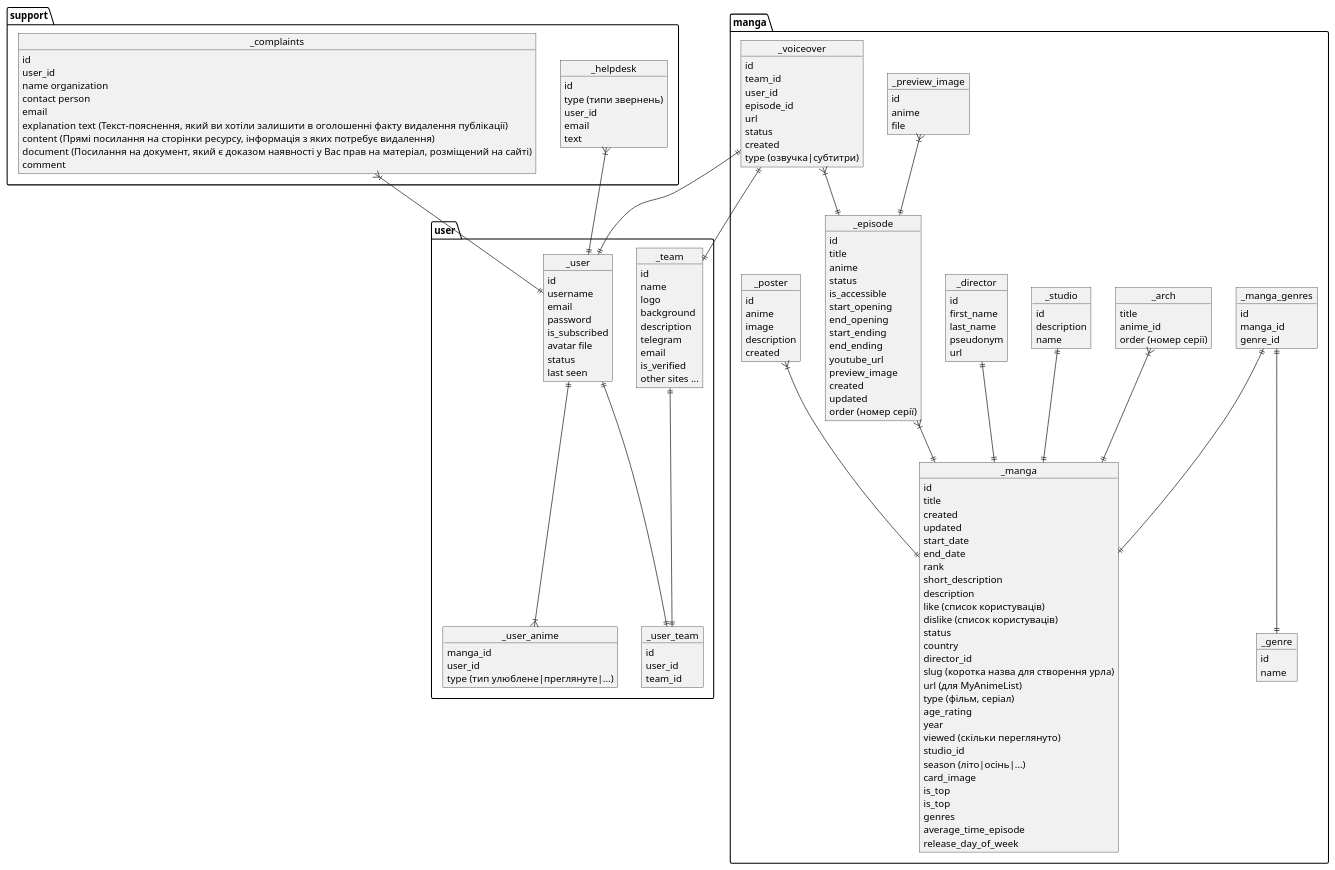
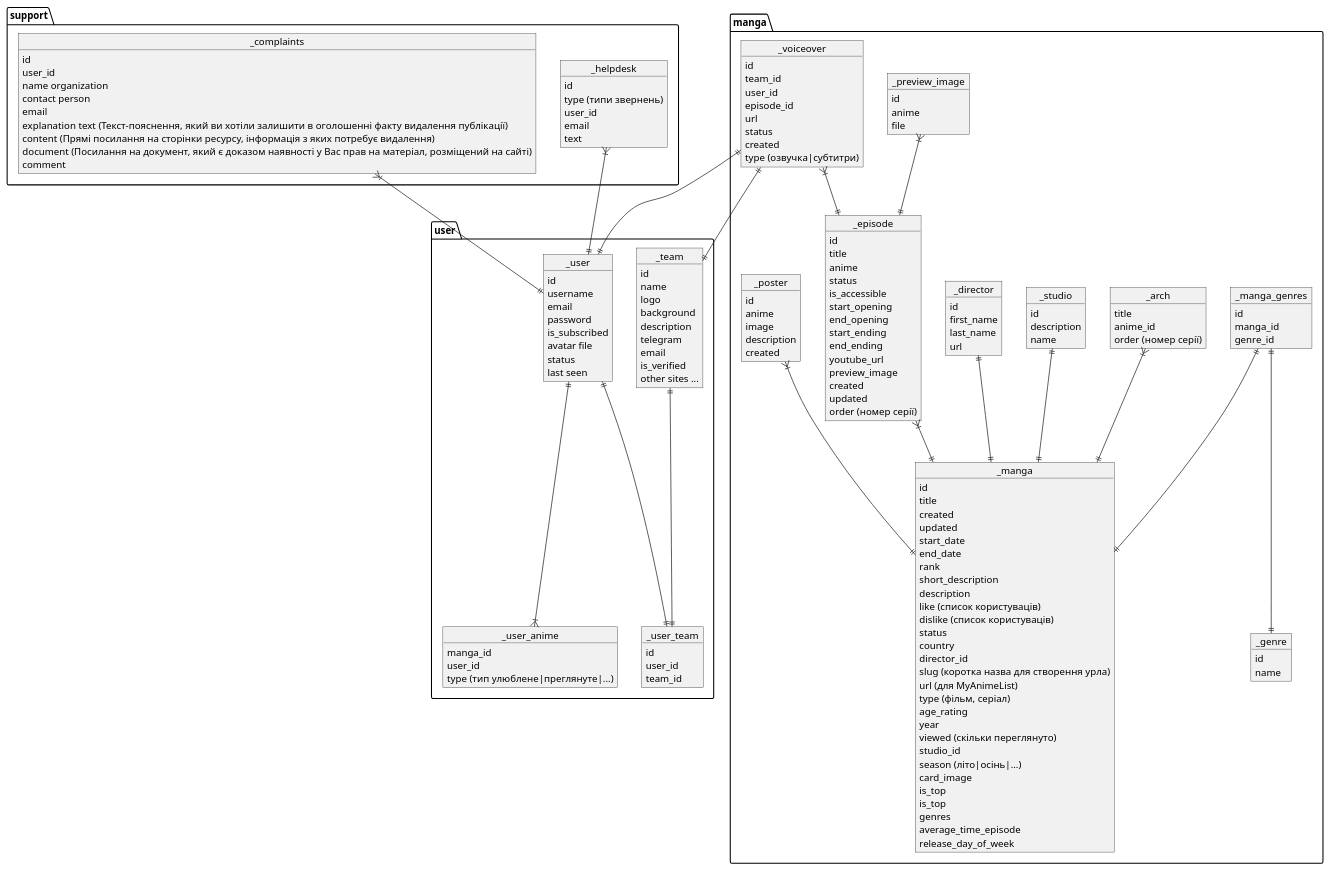
One commit to test-organization-web/AnimeON changed the diagram in docs/scheme.puml. Above: the diagram before and after it, drawn with PlantUML. The commit also changed 5 other files, not shown here.

```diff
--- a/docs/scheme.puml
+++ b/docs/scheme.puml
@@ -1,178 +1,177 @@
 @startuml
 
 package user {
 	object _user
 		_user : id
 		_user : username
 		_user : email
 		_user : password
 		_user : is_subscribed
 		_user : avatar file
 		_user : status
 		_user : last seen
 
 	object _team
 		_team : id
 		_team : name
 		_team : logo
 		_team : background
 		_team : description
 		_team : telegram
 		_team : email
 		_team : is_verified
 		_team : other sites ...
 
 	object _user_team
 		_user_team : id
 		_user_team : user_id
 		_user_team : team_id
 
 	object _user_anime
 		_user_anime : manga_id
 		_user_anime : user_id
 		_user_anime : type (тип улюблене|преглянуте|...)
 
 }
 
 package support {
 	object _helpdesk
 		_helpdesk : id
 		_helpdesk : type (типи звернень)
 		_helpdesk : user_id
 		_helpdesk : email
 		_helpdesk : text
 
 	object _complaints
 		_complaints : id
 		_complaints : user_id
 		_complaints : name organization
 		_complaints : contact person
 		_complaints : email
 		_complaints : explanation text (Текст-пояснення, який ви хотіли залишити в оголошенні факту видалення публікації)
 		_complaints : content (Прямі посилання на сторінки ресурсу, інформація з яких потребує видалення)
 		_complaints : document (Посилання на документ, який є доказом наявності у Вас прав на матеріал, розміщений на сайті)
 		_complaints : comment
 }
 
 package manga {
 
 	object _manga
 		_manga : id
 		_manga : title
 		_manga : created
 		_manga : updated
 		_manga : start_date
 		_manga : end_date
 		_manga : rank
 		_manga : short_description
 		_manga : description
 		_manga : like (список користуваців)
 		_manga : dislike (список користуваців)
 		_manga : status
 		_manga : country
 		_manga : director_id
 		_manga : slug (коротка назва для створення урла)
 		_manga : url (для MyAnimeList)
 		_manga : type (фільм, серіал)
 		_manga : age_rating
 		_manga : year
 		_manga : viewed (скільки переглянуто)
 		_manga : studio_id
 		_manga : season (літо|осінь|...)
 		_manga : card_image
 		_manga : is_top
 		_manga : is_top
 		_manga : genres
 		_manga : average_time_episode
 		_manga : release_day_of_week
 
 	object _episode
 		_episode : id
 		_episode : title
 		_episode : anime
 		_episode : status
 		_episode : is_accessible
 		_episode : start_opening
 		_episode : end_opening
 		_episode : start_ending
 		_episode : end_ending
 		_episode : youtube_url
 		_episode : preview_image
 		_episode : created
 		_episode : updated
 		_episode : order (номер серії)
 
 	object _arch
 		_arch : title
 		_arch : anime_id
 		_arch : order (номер серії)
 
 	object _voiceover
 		_voiceover : id
 		_voiceover : team_id
 		_voiceover : user_id
 		_voiceover : episode_id
 		_voiceover : url
 		_voiceover : status
 		_voiceover : created
 		_voiceover : type (озвучка|субтитри)
 
 	object _manga_genres
 		_manga_genres : id
 		_manga_genres : manga_id
 		_manga_genres : genre_id
 
 	object _genre
 		_genre : id
 		_genre : name
 
 	object _studio
 		_studio : id
 		_studio : description
 		_studio : name
 
 	object _director
 		_director : id
 		_director : first_name
 		_director : last_name
-		_director : pseudonym
 		_director : url
 
 	object _preview_image
 		_preview_image : id
 		_preview_image : anime
 		_preview_image : file
 
 	object _poster
 		_poster : id
 		_poster : anime
 		_poster : image
 		_poster : description
 		_poster : created
 }
 
 _helpdesk }|--|| _user
 _complaints }|--|| _user
 
 _team ||--|| _user_team
 _user ||--|| _user_team
 
 _arch }|--|| _manga
 
 _episode }|--|| _manga
 _studio ||--|| _manga
 _director ||--|| _manga
 _manga_genres ||--|| _manga
 _manga_genres ||--|| _genre
 
 _preview_image }|--|| _episode
 
 _voiceover }|--|| _episode
 _voiceover ||--|| _team
 _voiceover ||--|| _user
 
 _poster }|--|| _manga
 
 _user ||--|{ _user_anime
 
 @enduml
```
